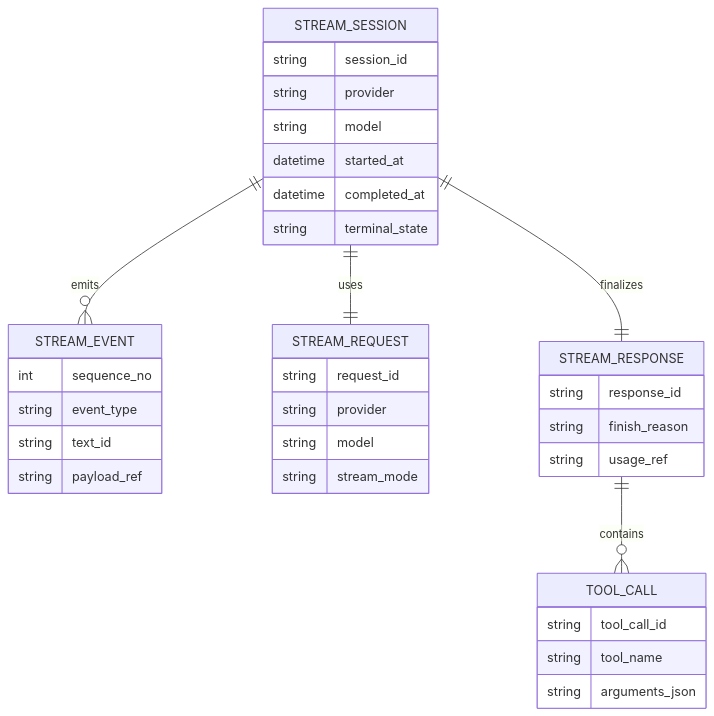
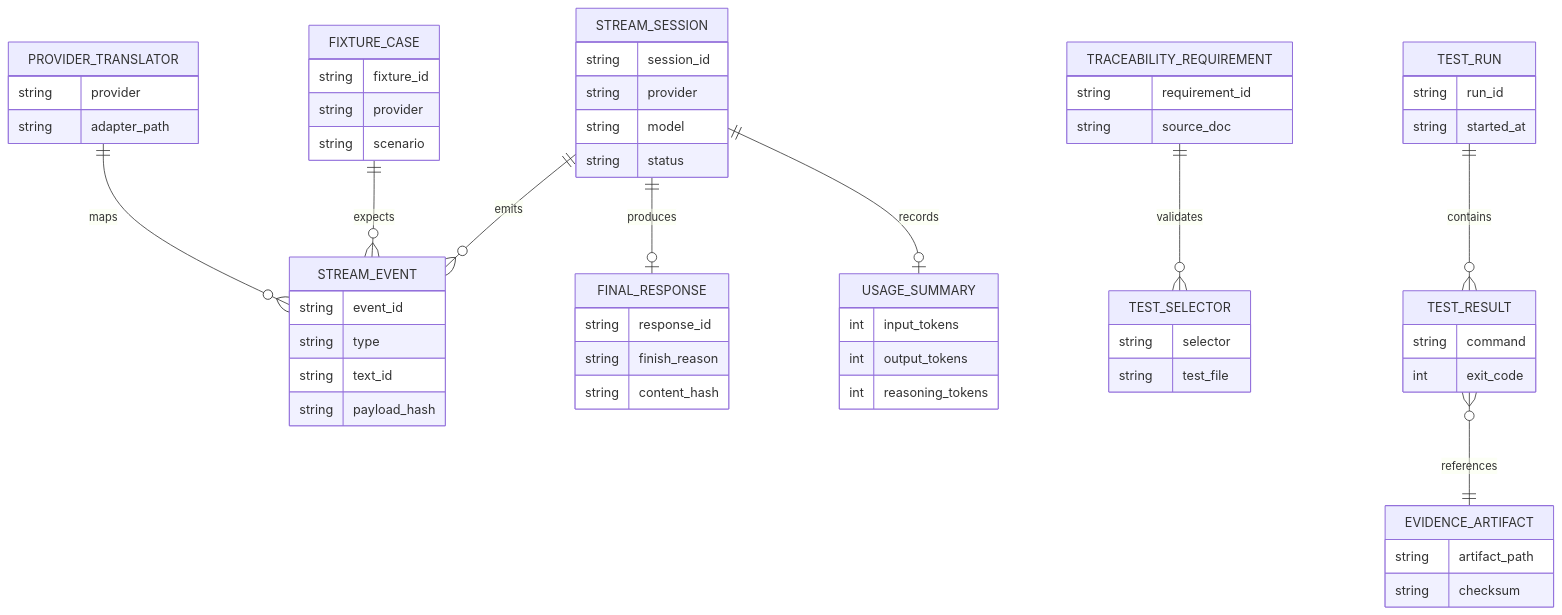
The second of 5 diagrams in docs/sprints/SPRINT-005-comprehensive-implementation-plan.md (jaytaylor/attractor-tcl), drawn with Mermaid before and after one commit. The commit also changed other lines of this file, not shown here.

````diff
--- a/docs/sprints/SPRINT-005-comprehensive-implementation-plan.md
+++ b/docs/sprints/SPRINT-005-comprehensive-implementation-plan.md
@@ -609,42 +1009,63 @@
 ```mermaid
 erDiagram
   STREAM_SESSION ||--o{ STREAM_EVENT : emits
-  STREAM_SESSION ||--|| STREAM_REQUEST : uses
-  STREAM_SESSION ||--|| STREAM_RESPONSE : finalizes
-  STREAM_RESPONSE ||--o{ TOOL_CALL : contains
+  STREAM_SESSION ||--o| FINAL_RESPONSE : produces
+  STREAM_SESSION ||--o| USAGE_SUMMARY : records
+  PROVIDER_TRANSLATOR ||--o{ STREAM_EVENT : maps
+  FIXTURE_CASE ||--o{ STREAM_EVENT : expects
+  TRACEABILITY_REQUIREMENT ||--o{ TEST_SELECTOR : validates
+  TEST_RUN ||--o{ TEST_RESULT : contains
+  TEST_RESULT }o--|| EVIDENCE_ARTIFACT : references
 
   STREAM_SESSION {
     string session_id
     string provider
     string model
-    datetime started_at
-    datetime completed_at
-    string terminal_state
+    string status
   }
-
-  STREAM_REQUEST {
-    string request_id
-    string provider
-    string model
-    string stream_mode
+  STREAM_EVENT {
+    string event_id
+    string type
+    string text_id
+    string payload_hash
   }
-
-  STREAM_EVENT {
-    int sequence_no
-    string event_type
-    string text_id
-    string payload_ref
-  }
-
-  STREAM_RESPONSE {
+  FINAL_RESPONSE {
     string response_id
     string finish_reason
-    string usage_ref
+    string content_hash
   }
-
-  TOOL_CALL {
-    string tool_call_id
-    string tool_name
-    string arguments_json
+  USAGE_SUMMARY {
+    int input_tokens
+    int output_tokens
+    int reasoning_tokens
+  }
+  PROVIDER_TRANSLATOR {
+    string provider
+    string adapter_path
+  }
+  FIXTURE_CASE {
+    string fixture_id
+    string provider
+    string scenario
+  }
+  TRACEABILITY_REQUIREMENT {
+    string requirement_id
+    string source_doc
+  }
+  TEST_SELECTOR {
+    string selector
+    string test_file
+  }
+  TEST_RUN {
+    string run_id
+    string started_at
+  }
+  TEST_RESULT {
+    string command
+    int exit_code
+  }
+  EVIDENCE_ARTIFACT {
+    string artifact_path
+    string checksum
   }
 ```
````
